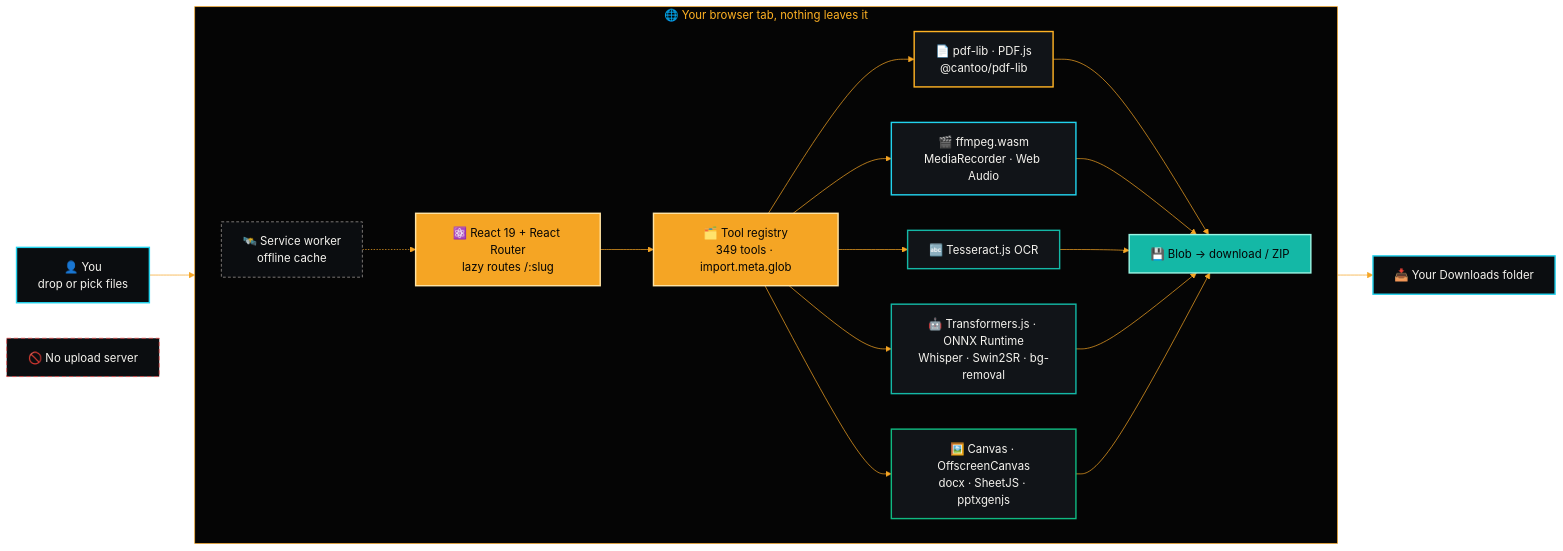
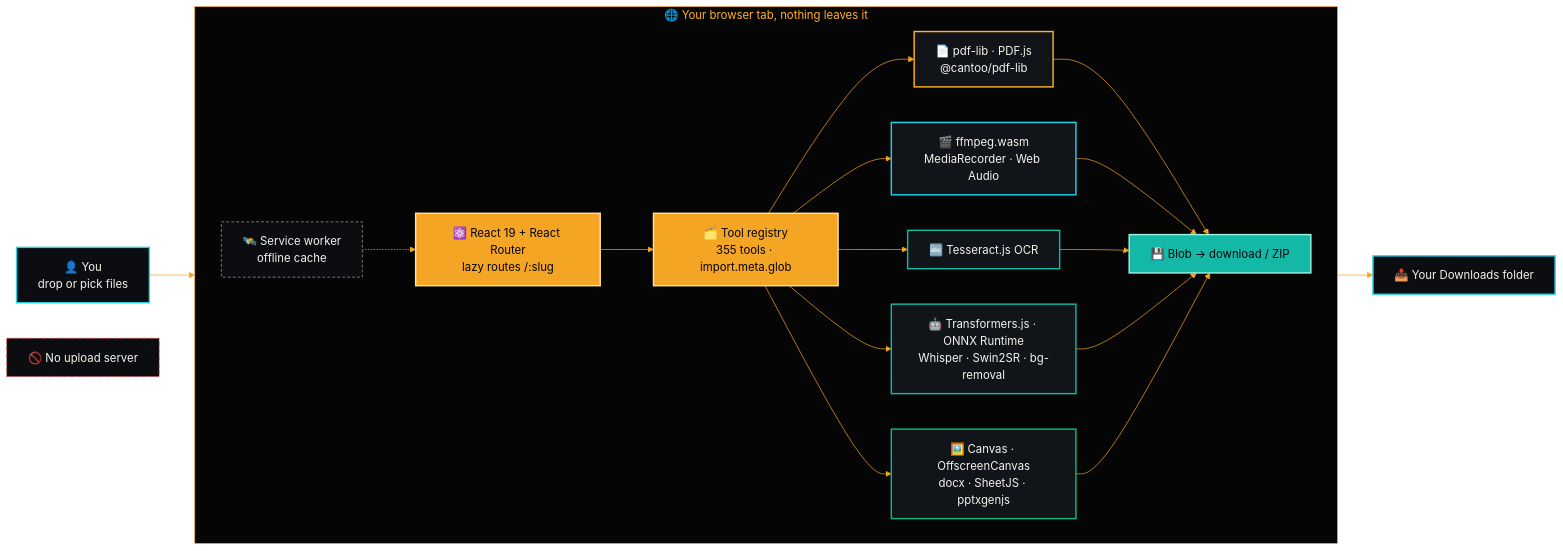
The fourth of 8 diagrams in README.md (aniruddhaadak80/OpenFile), drawn with Mermaid before and after one commit. The commit also changed other lines of this file and 19 other files, not shown here.

````diff
--- a/README.md
+++ b/README.md
@@ -927,31 +933,31 @@
 ```mermaid
 %%{init: {'theme':'base','themeVariables':{'fontFamily':'system-ui, sans-serif','lineColor':'#F5A524','primaryTextColor':'#F5F3EE','clusterBkg':'#050505','clusterBorder':'#F5A524','titleColor':'#FFB224'}}}%%
 flowchart LR
     U["👤 You<br/>drop or pick files"]:::user --> BR
     subgraph BR["🌐 Your browser tab, nothing leaves it"]
         direction LR
-        RR["⚛️ React 19 + React Router<br/>lazy routes /:slug"]:::ui --> REG["🗂️ Tool registry<br/>349 tools · import.meta.glob"]:::ui
+        RR["⚛️ React 19 + React Router<br/>lazy routes /:slug"]:::ui --> REG["🗂️ Tool registry<br/>355 tools · import.meta.glob"]:::ui
         REG --> E1["📄 pdf-lib · PDF.js<br/>@cantoo/pdf-lib"]:::pdf
         REG --> E2["🎬 ffmpeg.wasm<br/>MediaRecorder · Web Audio"]:::media
         REG --> E3["🔤 Tesseract.js OCR"]:::ai
         REG --> E4["🤖 Transformers.js · ONNX Runtime<br/>Whisper · Swin2SR · bg-removal"]:::ai
         REG --> E5["🖼️ Canvas · OffscreenCanvas<br/>docx · SheetJS · pptxgenjs"]:::img
         E1 --> OUT["💾 Blob → download / ZIP"]:::out
         E2 --> OUT
         E3 --> OUT
         E4 --> OUT
         E5 --> OUT
         SW["🛰️ Service worker<br/>offline cache"]:::sw -.-> RR
     end
     OUT --> D["📥 Your Downloads folder"]:::user
     NS["🚫 No upload server"]:::none
     classDef user fill:#0B0D10,stroke:#22D3EE,color:#F5F3EE,stroke-width:2px
     classDef ui fill:#F5A524,stroke:#FFE3A3,color:#050505,stroke-width:2px
     classDef pdf fill:#111418,stroke:#FFB224,color:#F5F3EE,stroke-width:2px
     classDef media fill:#111418,stroke:#22D3EE,color:#F5F3EE,stroke-width:2px
     classDef ai fill:#111418,stroke:#14B8A6,color:#F5F3EE,stroke-width:2px
     classDef img fill:#111418,stroke:#10B981,color:#F5F3EE,stroke-width:2px
     classDef out fill:#14B8A6,stroke:#99F6E4,color:#050505,stroke-width:2px
     classDef sw fill:#0B0D10,stroke:#A8A29E,color:#F5F3EE,stroke-dasharray:4 3
     classDef none fill:#0B0D10,stroke:#EF4444,color:#F5F3EE,stroke-dasharray:6 4
 ```
````
